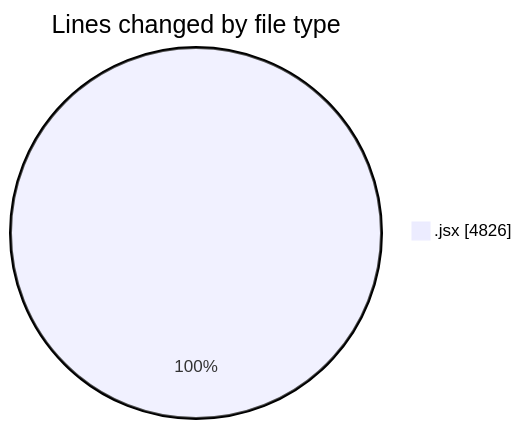
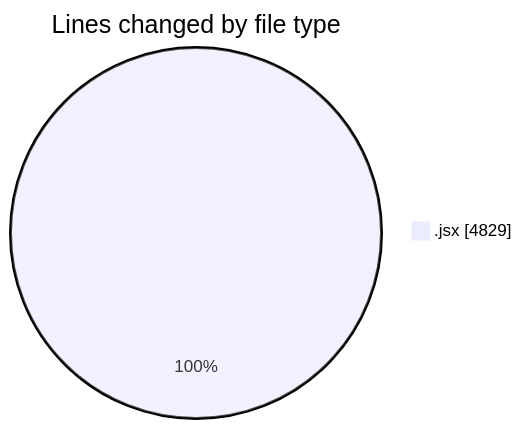
The first of 2 diagrams in 2025-07-08/argos/README.md (nxtqubesakshisongat/code-tracking), drawn with Mermaid before and after one commit. The commit also changed other lines of this file and 1 other file, not shown here.

````diff
--- a/2025-07-08/argos/README.md
+++ b/2025-07-08/argos/README.md
@@ -26,5 +26,5 @@
 ```mermaid
 pie showData
 title Lines changed by file type
-".jsx" : 4826
+".jsx" : 4829
 ```
````
